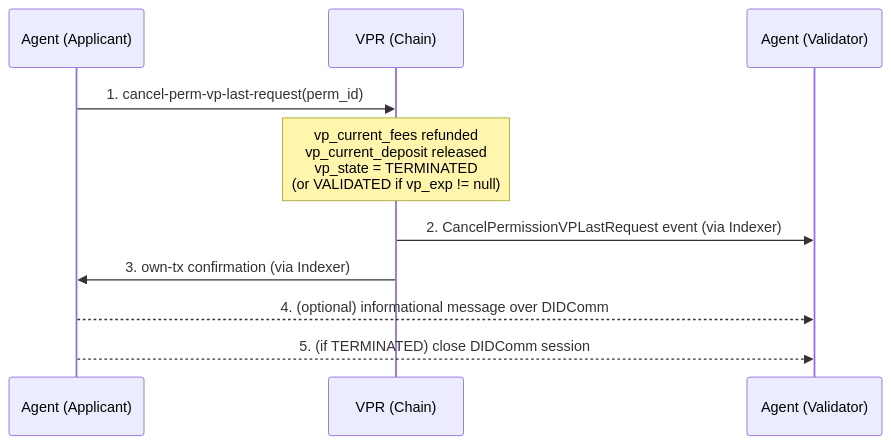
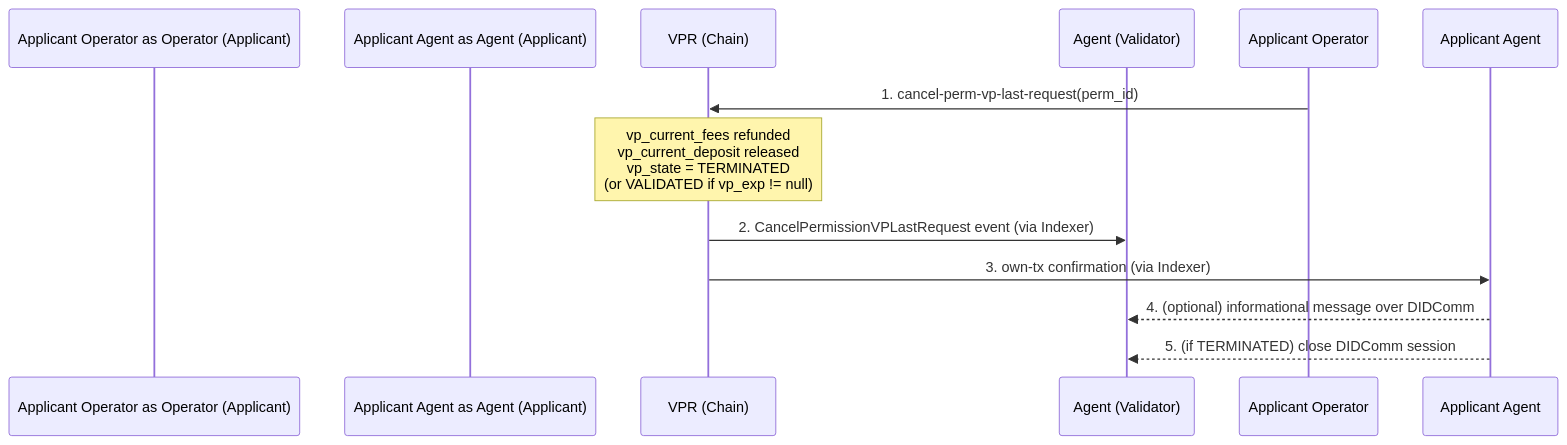
Before and after one commit to verana-labs/verana-spec: the sixth of 10 diagrams in v4/vs-agent/spec.md, drawn with Mermaid. The commit also changed other lines of this file, not shown here.

Commit message:
feat: updated flows

````diff
--- a/v4/vs-agent/spec.md
+++ b/v4/vs-agent/spec.md
@@ -440,13 +444,14 @@
 ```mermaid
 sequenceDiagram
-    participant Applicant as Agent (Applicant)
+    participant Applicant Operator as Operator (Applicant)
+    participant Applicant Agent as Agent (Applicant)
     participant VPR as VPR (Chain)
     participant Validator as Agent (Validator)
 
-    Applicant->>VPR: 1. cancel-perm-vp-last-request(perm_id)
+    Applicant Operator->>VPR: 1. cancel-perm-vp-last-request(perm_id)
     Note over VPR: vp_current_fees refunded<br/>vp_current_deposit released<br/>vp_state = TERMINATED<br/>(or VALIDATED if vp_exp != null)
     VPR->>Validator: 2. CancelPermissionVPLastRequest event (via Indexer)
-    VPR->>Applicant: 3. own-tx confirmation (via Indexer)
-    Applicant-->>Validator: 4. (optional) informational message over DIDComm
-    Applicant-->>Validator: 5. (if TERMINATED) close DIDComm session
+    VPR->>Applicant Agent: 3. own-tx confirmation (via Indexer)
+    Applicant Agent-->>Validator: 4. (optional) informational message over DIDComm
+    Applicant Agent-->>Validator: 5. (if TERMINATED) close DIDComm session
 ```
````
